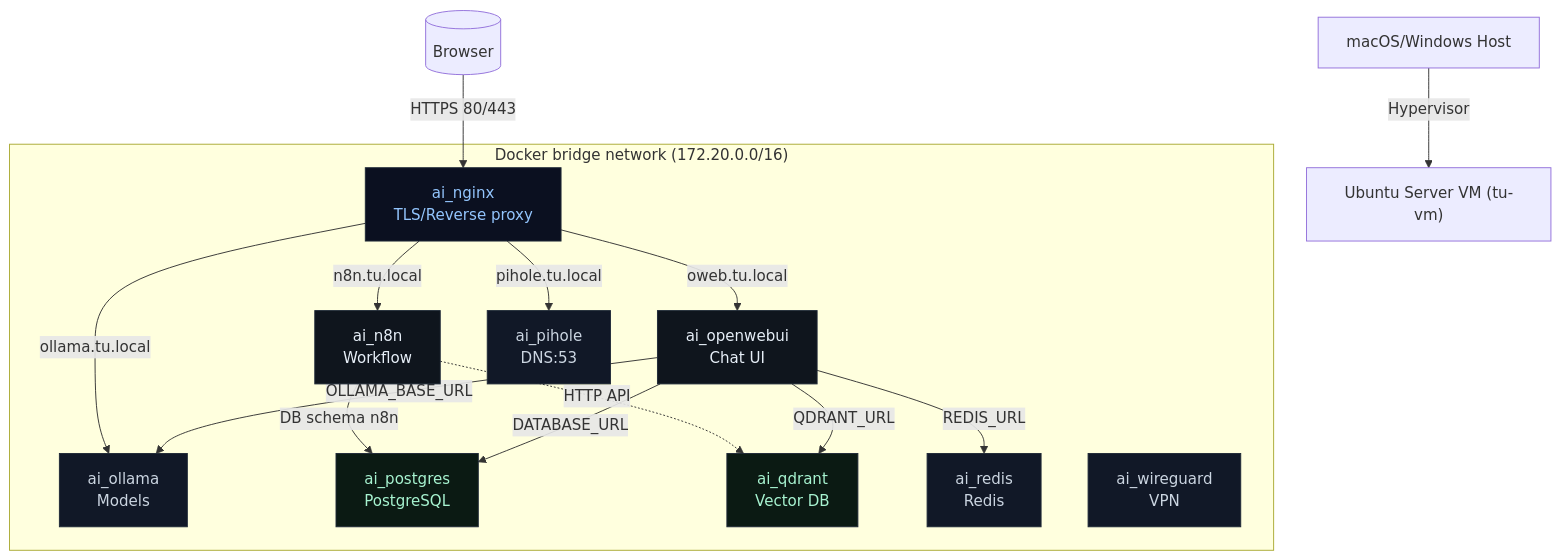
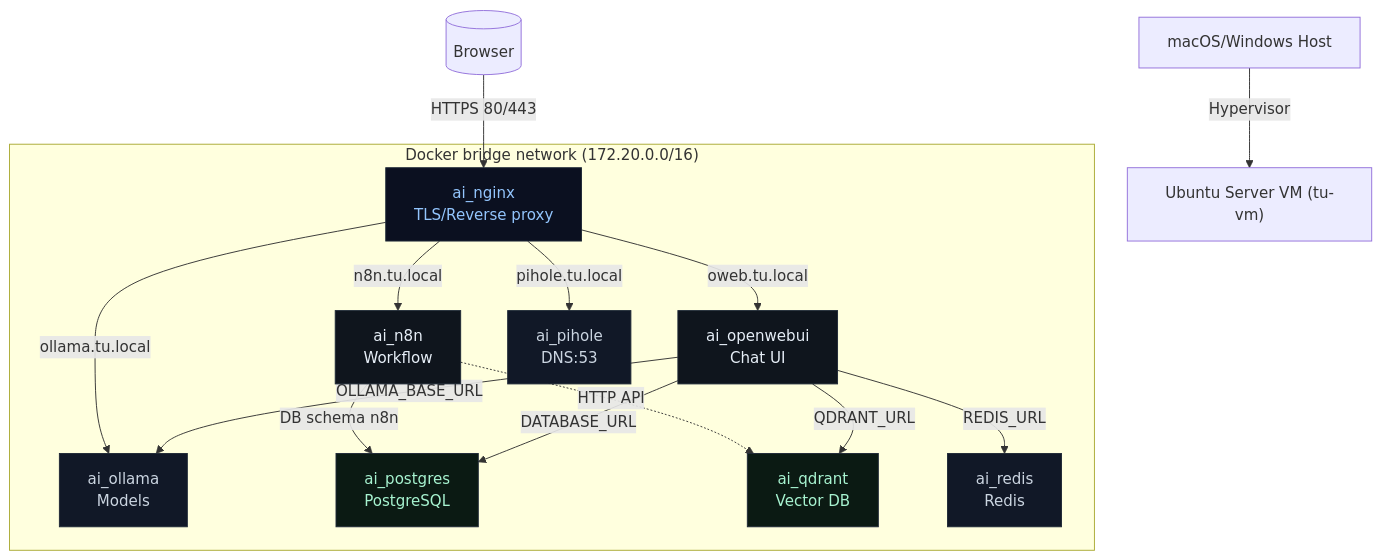
One commit to techuties/tu-vm changed the diagram in README.md. Above: the diagram before and after it, drawn with Mermaid. The commit also changed other lines of this file and 5 other files, not shown here.

Commit message:
feat(vpn): remove WG container; add host-level VPN manager and docs; integrate with scripts

````diff
--- a/README.md
+++ b/README.md
@@ -452,37 +452,37 @@
 ```mermaid
 flowchart TD
   Host["macOS/Windows Host"] -->|Hypervisor| VM["Ubuntu Server VM (tu-vm)"]
 
   subgraph Docker_Network["Docker bridge network (172.20.0.0/16)"]
     Nginx["ai_nginx<br/>TLS/Reverse proxy"]:::edge
     OpenWebUI["ai_openwebui<br/>Chat UI"]:::app
     N8N["ai_n8n<br/>Workflow"]:::app
     Ollama["ai_ollama<br/>Models"]:::svc
     Postgres["ai_postgres<br/>PostgreSQL"]:::db
     Qdrant["ai_qdrant<br/>Vector DB"]:::db
     Redis["ai_redis<br/>Redis"]:::svc
     Pihole["ai_pihole<br/>DNS:53"]:::svc
-    Wireguard["ai_wireguard<br/>VPN"]:::svc
+    %% VPN client runs on host (egress privacy)
   end
 
   %% Data paths
   OpenWebUI -->|DATABASE_URL| Postgres
   OpenWebUI -->|QDRANT_URL| Qdrant
   OpenWebUI -->|REDIS_URL| Redis
   OpenWebUI -->|OLLAMA_BASE_URL| Ollama
 
   N8N -->|DB schema n8n| Postgres
   N8N -.->|HTTP API| Qdrant
 
   %% External access
   Client[(Browser)] -->|HTTPS 80/443| Nginx
   Nginx -->|oweb.tu.local| OpenWebUI
   Nginx -->|n8n.tu.local| N8N
   Nginx -->|ollama.tu.local| Ollama
   Nginx -->|pihole.tu.local| Pihole
 
   classDef app fill:#0f151d,stroke:#1f2937,color:#e6eef7
   classDef db fill:#0b1a13,stroke:#1f2937,color:#a7f3d0
   classDef svc fill:#111827,stroke:#1f2937,color:#cbd5e1
   classDef edge fill:#0b1020,stroke:#1f2937,color:#93c5fd
 ```
````
